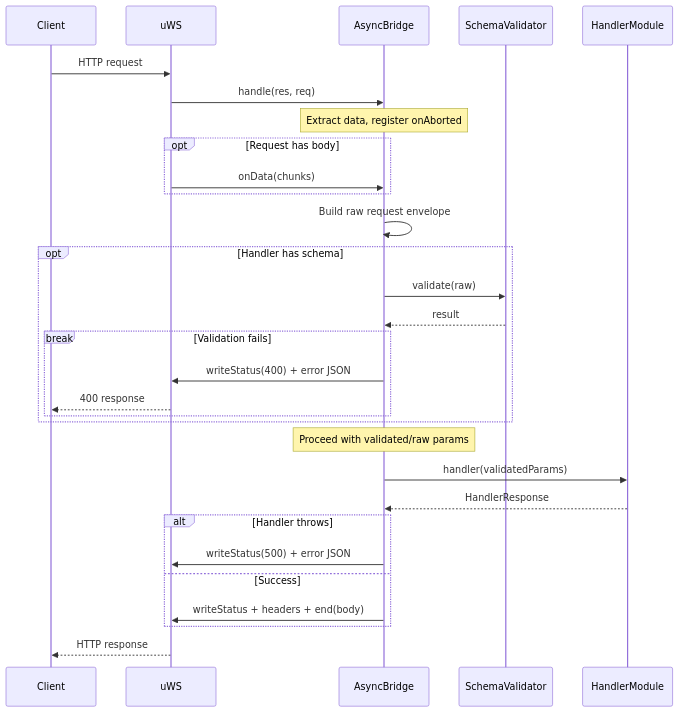
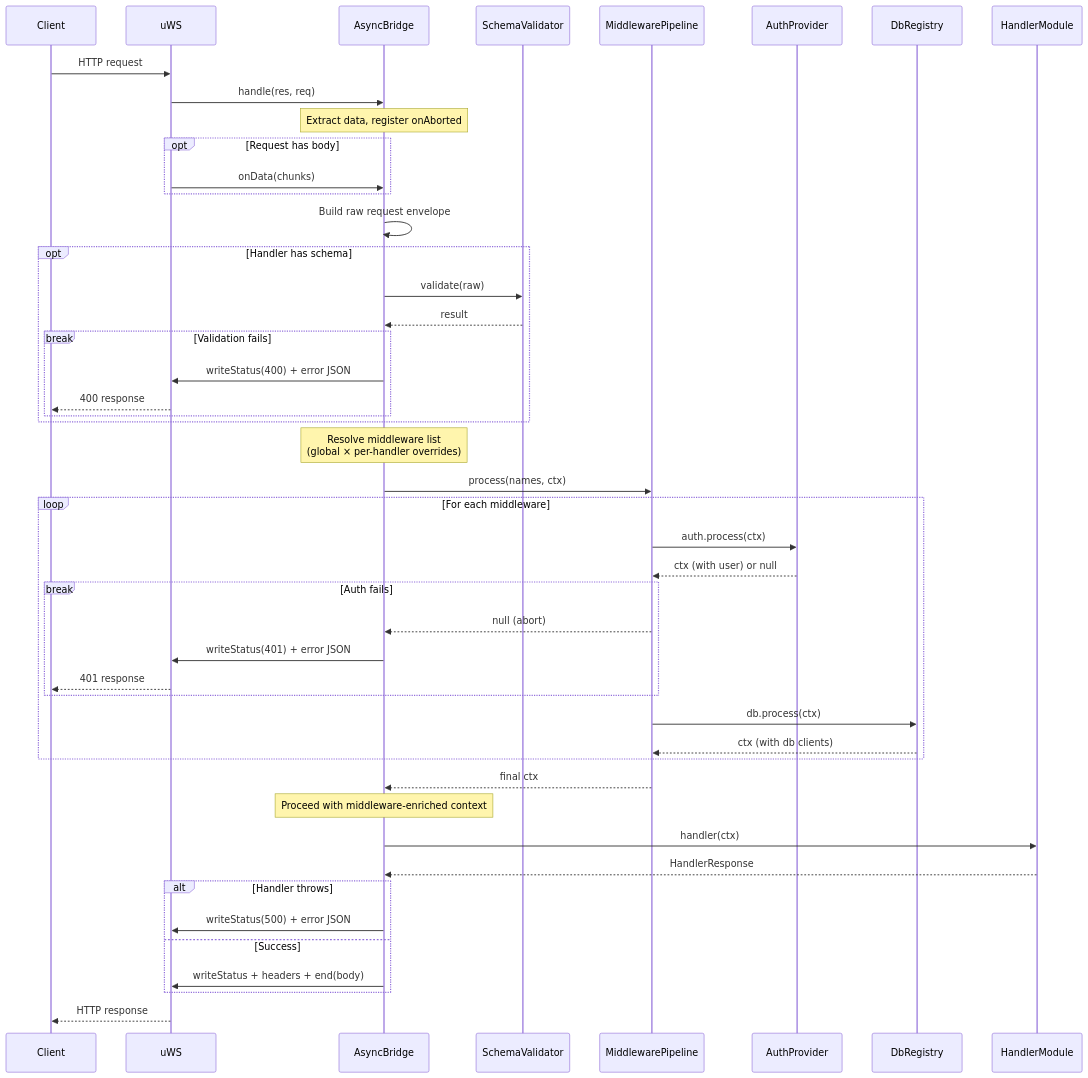
The second of 2 diagrams in technical-specification.md (warncke/uws-api-server), drawn with Mermaid before and after one commit. The commit also changed other lines of this file, not shown here.

````diff
--- a/technical-specification.md
+++ b/technical-specification.md
@@ -323,39 +723,61 @@
 ```mermaid
 sequenceDiagram
     participant Client
     participant uWS
     participant AsyncBridge
     participant SchemaValidator
+    participant MiddlewarePipeline
+    participant AuthProvider
+    participant DbRegistry
     participant HandlerModule
 
     Client ->> uWS: HTTP request
     uWS ->> AsyncBridge: handle(res, req)
     Note over AsyncBridge: Extract data, register onAborted
 
     opt Request has body
         uWS ->> AsyncBridge: onData(chunks)
     end
 
     AsyncBridge ->> AsyncBridge: Build raw request envelope
 
     opt Handler has schema
         AsyncBridge ->> SchemaValidator: validate(raw)
         SchemaValidator -->> AsyncBridge: result
         break Validation fails
             AsyncBridge ->> uWS: writeStatus(400) + error JSON
             uWS -->> Client: 400 response
         end
     end
 
-    Note over AsyncBridge: Proceed with validated/raw params
+    Note over AsyncBridge: Resolve middleware list<br/>(global × per-handler overrides)
 
-    AsyncBridge ->> HandlerModule: handler(validatedParams)
+    AsyncBridge ->> MiddlewarePipeline: process(names, ctx)
+
+    loop For each middleware
+        MiddlewarePipeline ->> AuthProvider: auth.process(ctx)
+        AuthProvider -->> MiddlewarePipeline: ctx (with user) or null
+        break Auth fails
+            MiddlewarePipeline -->> AsyncBridge: null (abort)
+            AsyncBridge ->> uWS: writeStatus(401) + error JSON
+            uWS -->> Client: 401 response
+        end
+
+        MiddlewarePipeline ->> DbRegistry: db.process(ctx)
+        DbRegistry -->> MiddlewarePipeline: ctx (with db clients)
+    end
+
+    MiddlewarePipeline -->> AsyncBridge: final ctx
+
+    Note over AsyncBridge: Proceed with middleware-enriched context
+
+    AsyncBridge ->> HandlerModule: handler(ctx)
     HandlerModule -->> AsyncBridge: HandlerResponse
 
     alt Handler throws
         AsyncBridge ->> uWS: writeStatus(500) + error JSON
     else Success
         AsyncBridge ->> uWS: writeStatus + headers + end(body)
     end
     uWS -->> Client: HTTP response
 ```
````
